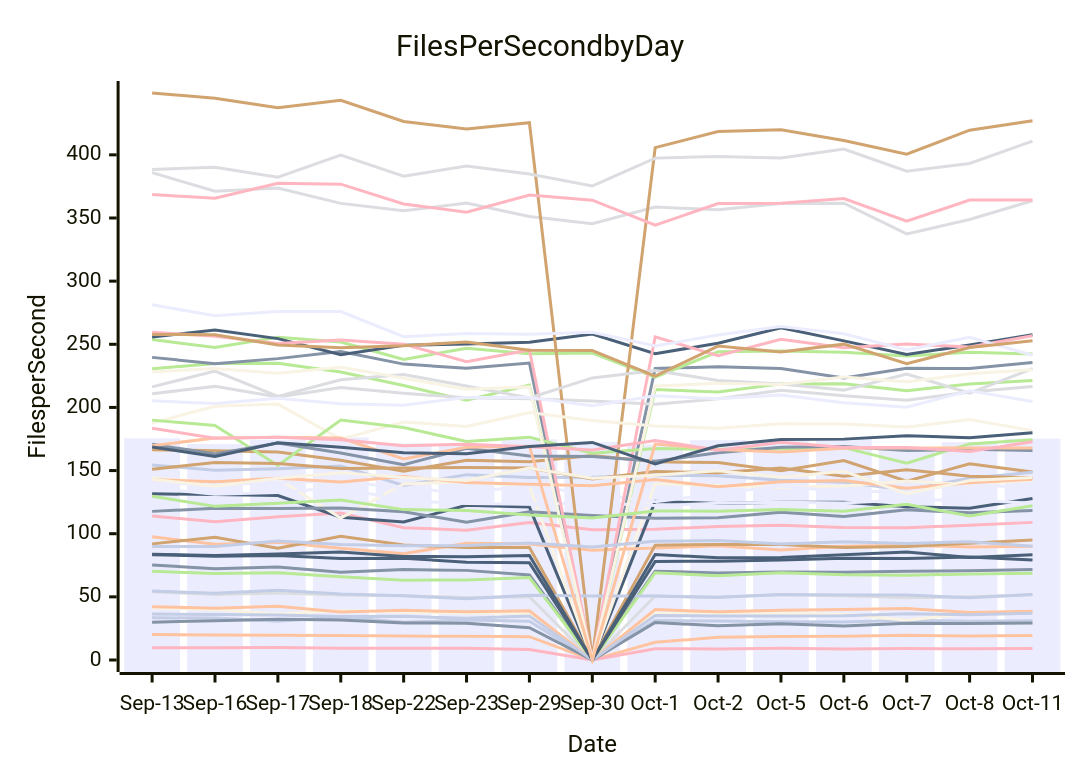
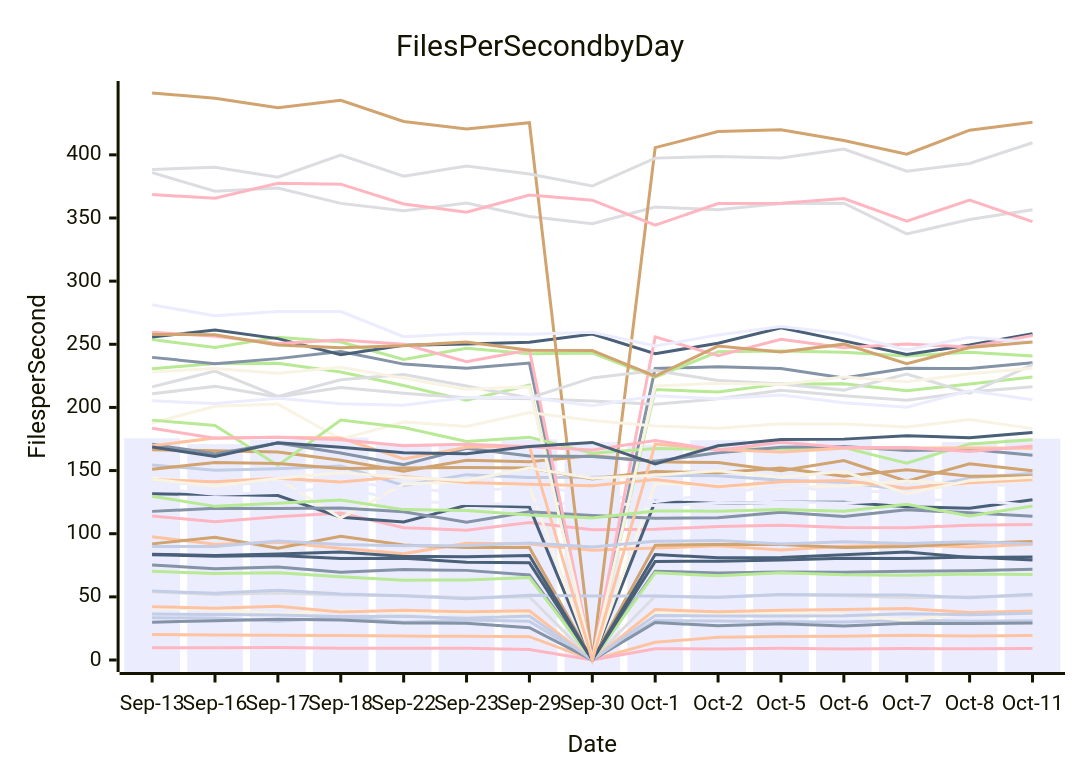
The diagram in perf-report.md (streetsidesoftware/cspell), drawn with Mermaid before and after one commit. The commit also changed other lines of this file and 1 other file, not shown here.

````diff
--- a/perf-report.md
+++ b/perf-report.md
@@ -10,56 +10,56 @@
 ```mermaid
 xychart-beta
     title Files Per Second by Day
     y-axis Files per Second
     x-axis Date [Sep-13, Sep-16, Sep-17, Sep-18, Sep-22, Sep-23, Sep-29, Sep-30, Oct-1, Oct-2, Oct-5, Oct-6, Oct-7, Oct-8, Oct-11]
-    bar [175.56, 170.99, 174.42, 176.15, 171.49, 170.60, 174.68, 172.58, 170.62, 174.06, 173.76, 175.18, 167.77, 172.56, 175.33]
-    line [75.30, 72.34, 73.59, 69.54, 71.59, 70.97, 67.35, 0.00, 70.29, 68.90, 69.72, 69.41, 70.25, 70.73, 71.76]
-    line [20.10, 19.75, 19.58, 19.44, 18.99, 18.71, 18.44, 0.00, 13.99, 17.93, 18.69, 18.90, 19.50, 18.93, 19.46]
-    line [54.12, 51.77, 53.09, 51.40, 50.85, 49.44, 50.07, 0.00, 50.63, 49.63, 51.74, 50.84, 49.20, 50.07, 51.74]
-    line [230.62, 234.72, 234.92, 228.04, 217.32, 205.66, 217.69, 0.00, 214.10, 212.26, 218.65, 218.73, 213.23, 218.63, 221.28]
-    line [166.56, 165.69, 164.68, 158.25, 149.51, 158.09, 156.96, 161.98, 156.93, 156.41, 149.87, 157.99, 141.60, 155.38, 148.78]
-    line [154.46, 150.27, 151.44, 153.53, 138.23, 146.78, 144.54, 144.66, 146.29, 145.95, 142.41, 140.78, 134.58, 143.93, 148.62]
-    line [114.04, 109.51, 113.51, 116.46, 104.81, 102.79, 108.89, 103.13, 103.52, 105.79, 106.73, 104.92, 104.71, 106.75, 108.98]
-    line [131.63, 130.97, 130.22, 113.06, 109.25, 122.56, 121.09, 0.00, 125.59, 123.97, 124.90, 124.88, 121.42, 120.13, 127.94]
-    line [144.41, 139.70, 143.74, 112.39, 139.33, 141.10, 137.72, 0.00, 139.61, 138.23, 136.68, 137.77, 141.66, 138.90, 142.46]
-    line [140.59, 138.57, 140.62, 141.72, 135.93, 132.42, 137.90, 131.39, 125.40, 131.62, 137.96, 132.77, 133.94, 139.73, 135.53]
-    line [239.64, 234.60, 238.64, 244.36, 234.31, 230.98, 235.16, 0.00, 230.90, 232.18, 230.80, 223.37, 230.96, 230.80, 235.59]
-    line [97.52, 91.70, 93.14, 88.50, 84.12, 92.41, 91.76, 86.84, 88.64, 90.41, 87.11, 90.10, 90.92, 89.47, 90.15]
-    line [385.92, 371.23, 373.66, 361.57, 355.78, 361.81, 351.17, 345.43, 358.65, 356.52, 361.50, 361.77, 337.36, 348.77, 363.70]
-    line [253.77, 247.48, 255.65, 251.83, 237.98, 246.89, 242.54, 243.09, 224.03, 244.08, 244.73, 243.65, 240.74, 243.74, 242.25]
-    line [91.96, 97.25, 88.47, 97.89, 91.06, 89.08, 89.06, 0.00, 90.96, 91.55, 91.45, 89.01, 89.93, 92.54, 95.03]
-    line [33.48, 33.18, 30.65, 34.02, 29.87, 31.63, 30.68, 0.00, 31.32, 30.89, 30.33, 30.00, 31.45, 30.76, 31.01]
-    line [9.67, 9.68, 9.92, 9.37, 9.23, 9.26, 8.29, 0.00, 8.90, 8.75, 9.30, 8.76, 9.01, 8.84, 9.04]
-    line [255.75, 261.30, 254.48, 241.79, 249.14, 250.28, 251.57, 258.18, 242.58, 250.83, 263.10, 252.70, 241.96, 249.38, 257.47]
-    line [41.26, 40.08, 36.34, 39.18, 37.74, 37.18, 36.89, 0.00, 37.27, 36.89, 37.25, 36.15, 31.44, 37.05, 37.99]
-    line [136.08, 131.30, 132.64, 136.81, 125.88, 123.97, 123.26, 124.35, 122.36, 124.05, 124.82, 124.36, 126.90, 126.65, 124.11]
-    line [117.69, 120.09, 120.05, 120.31, 117.43, 109.01, 117.33, 114.51, 112.29, 112.71, 117.07, 113.67, 118.94, 116.57, 118.37]
-    line [42.24, 41.01, 42.53, 38.05, 39.43, 38.14, 38.94, 0.00, 39.96, 38.12, 39.36, 39.89, 40.71, 37.67, 38.67]
-    line [210.80, 216.66, 208.33, 215.69, 211.15, 207.60, 206.93, 205.06, 202.44, 206.85, 213.52, 209.33, 205.65, 212.19, 216.57]
-    line [70.27, 68.51, 69.01, 65.91, 63.15, 63.41, 65.35, 0.00, 69.02, 66.69, 69.13, 67.47, 67.16, 68.00, 68.62]
-    line [448.98, 444.77, 437.29, 443.15, 426.39, 420.42, 425.42, 0.00, 405.76, 418.50, 419.89, 411.38, 400.59, 419.52, 427.01]
-    line [54.54, 52.86, 55.21, 52.35, 50.94, 48.45, 51.30, 50.59, 50.58, 49.72, 51.81, 51.47, 51.46, 49.27, 51.78]
-    line [259.52, 256.30, 250.62, 253.31, 250.10, 236.21, 245.48, 0.00, 255.93, 241.02, 253.94, 247.24, 250.16, 247.84, 256.71]
-    line [83.34, 82.19, 82.78, 80.29, 80.65, 77.47, 76.93, 0.00, 78.07, 78.18, 79.10, 80.49, 80.39, 81.56, 79.11]
-    line [187.59, 200.94, 202.64, 174.86, 188.42, 184.98, 195.97, 189.74, 185.35, 183.52, 187.14, 186.91, 184.49, 190.34, 181.63]
-    line [281.31, 272.54, 275.91, 275.97, 256.03, 258.54, 258.01, 259.58, 248.67, 257.34, 264.03, 258.40, 245.57, 255.62, 241.35]
-    line [29.93, 31.17, 32.23, 31.60, 29.23, 29.18, 25.62, 0.00, 29.72, 27.11, 28.75, 26.92, 29.01, 28.90, 29.25]
-    line [142.95, 141.14, 143.95, 140.92, 145.29, 140.59, 139.11, 138.01, 142.88, 137.23, 141.05, 142.08, 136.09, 140.30, 143.11]
-    line [216.25, 228.77, 208.66, 221.89, 226.09, 216.90, 207.46, 223.39, 229.16, 221.30, 218.51, 213.71, 226.50, 211.28, 230.69]
-    line [189.95, 185.74, 153.97, 189.99, 184.11, 172.95, 176.46, 163.78, 167.39, 166.94, 167.31, 168.16, 155.92, 171.13, 174.43]
-    line [151.06, 156.36, 155.63, 151.63, 151.94, 152.50, 152.06, 143.32, 149.19, 148.32, 152.02, 145.55, 150.72, 145.51, 144.27]
+    bar [175.56, 170.99, 174.42, 176.15, 171.49, 170.60, 174.68, 172.58, 170.62, 174.06, 173.76, 175.18, 167.77, 172.56, 175.30]
+    line [75.30, 72.34, 73.59, 69.54, 71.59, 70.97, 67.35, 0.00, 70.29, 68.90, 69.72, 69.41, 70.25, 70.73, 71.87]
+    line [20.10, 19.75, 19.58, 19.44, 18.99, 18.71, 18.44, 0.00, 13.99, 17.93, 18.69, 18.90, 19.50, 18.93, 19.35]
+    line [54.12, 51.77, 53.09, 51.40, 50.85, 49.44, 50.07, 0.00, 50.63, 49.63, 51.74, 50.84, 49.20, 50.07, 50.82]
+    line [230.62, 234.72, 234.92, 228.04, 217.32, 205.66, 217.69, 0.00, 214.10, 212.26, 218.65, 218.73, 213.23, 218.63, 224.06]
+    line [166.56, 165.69, 164.68, 158.25, 149.51, 158.09, 156.96, 161.98, 156.93, 156.41, 149.87, 157.99, 141.60, 155.38, 149.79]
+    line [154.46, 150.27, 151.44, 153.53, 138.23, 146.78, 144.54, 144.66, 146.29, 145.95, 142.41, 140.78, 134.58, 143.93, 147.82]
+    line [114.04, 109.51, 113.51, 116.46, 104.81, 102.79, 108.89, 103.13, 103.52, 105.79, 106.73, 104.92, 104.71, 106.75, 107.22]
+    line [131.63, 130.97, 130.22, 113.06, 109.25, 122.56, 121.09, 0.00, 125.59, 123.97, 124.90, 124.88, 121.42, 120.13, 126.89]
+    line [144.41, 139.70, 143.74, 112.39, 139.33, 141.10, 137.72, 0.00, 139.61, 138.23, 136.68, 137.77, 141.66, 138.90, 142.48]
+    line [140.59, 138.57, 140.62, 141.72, 135.93, 132.42, 137.90, 131.39, 125.40, 131.62, 137.96, 132.77, 133.94, 139.73, 137.13]
+    line [239.64, 234.60, 238.64, 244.36, 234.31, 230.98, 235.16, 0.00, 230.90, 232.18, 230.80, 223.37, 230.96, 230.80, 235.32]
+    line [97.52, 91.70, 93.14, 88.50, 84.12, 92.41, 91.76, 86.84, 88.64, 90.41, 87.11, 90.10, 90.92, 89.47, 91.59]
+    line [385.92, 371.23, 373.66, 361.57, 355.78, 361.81, 351.17, 345.43, 358.65, 356.52, 361.50, 361.77, 337.36, 348.77, 356.51]
+    line [253.77, 247.48, 255.65, 251.83, 237.98, 246.89, 242.54, 243.09, 224.03, 244.08, 244.73, 243.65, 240.74, 243.74, 240.81]
+    line [91.96, 97.25, 88.47, 97.89, 91.06, 89.08, 89.06, 0.00, 90.96, 91.55, 91.45, 89.01, 89.93, 92.54, 93.88]
+    line [33.48, 33.18, 30.65, 34.02, 29.87, 31.63, 30.68, 0.00, 31.32, 30.89, 30.33, 30.00, 31.45, 30.76, 31.16]
+    line [9.67, 9.68, 9.92, 9.37, 9.23, 9.26, 8.29, 0.00, 8.90, 8.75, 9.30, 8.76, 9.01, 8.84, 9.13]
+    line [255.75, 261.30, 254.48, 241.79, 249.14, 250.28, 251.57, 258.18, 242.58, 250.83, 263.10, 252.70, 241.96, 249.38, 258.35]
+    line [41.26, 40.08, 36.34, 39.18, 37.74, 37.18, 36.89, 0.00, 37.27, 36.89, 37.25, 36.15, 31.44, 37.05, 36.56]
+    line [136.08, 131.30, 132.64, 136.81, 125.88, 123.97, 123.26, 124.35, 122.36, 124.05, 124.82, 124.36, 126.90, 126.65, 122.28]
+    line [117.69, 120.09, 120.05, 120.31, 117.43, 109.01, 117.33, 114.51, 112.29, 112.71, 117.07, 113.67, 118.94, 116.57, 113.80]
+    line [42.24, 41.01, 42.53, 38.05, 39.43, 38.14, 38.94, 0.00, 39.96, 38.12, 39.36, 39.89, 40.71, 37.67, 38.88]
+    line [210.80, 216.66, 208.33, 215.69, 211.15, 207.60, 206.93, 205.06, 202.44, 206.85, 213.52, 209.33, 205.65, 212.19, 216.43]
+    line [70.27, 68.51, 69.01, 65.91, 63.15, 63.41, 65.35, 0.00, 69.02, 66.69, 69.13, 67.47, 67.16, 68.00, 67.72]
+    line [448.98, 444.77, 437.29, 443.15, 426.39, 420.42, 425.42, 0.00, 405.76, 418.50, 419.89, 411.38, 400.59, 419.52, 425.83]
+    line [54.54, 52.86, 55.21, 52.35, 50.94, 48.45, 51.30, 50.59, 50.58, 49.72, 51.81, 51.47, 51.46, 49.27, 52.01]
+    line [259.52, 256.30, 250.62, 253.31, 250.10, 236.21, 245.48, 0.00, 255.93, 241.02, 253.94, 247.24, 250.16, 247.84, 256.93]
+    line [83.34, 82.19, 82.78, 80.29, 80.65, 77.47, 76.93, 0.00, 78.07, 78.18, 79.10, 80.49, 80.39, 81.56, 79.10]
+    line [187.59, 200.94, 202.64, 174.86, 188.42, 184.98, 195.97, 189.74, 185.35, 183.52, 187.14, 186.91, 184.49, 190.34, 183.21]
+    line [281.31, 272.54, 275.91, 275.97, 256.03, 258.54, 258.01, 259.58, 248.67, 257.34, 264.03, 258.40, 245.57, 255.62, 251.68]
+    line [29.93, 31.17, 32.23, 31.60, 29.23, 29.18, 25.62, 0.00, 29.72, 27.11, 28.75, 26.92, 29.01, 28.90, 29.37]
+    line [142.95, 141.14, 143.95, 140.92, 145.29, 140.59, 139.11, 138.01, 142.88, 137.23, 141.05, 142.08, 136.09, 140.30, 142.64]
+    line [216.25, 228.77, 208.66, 221.89, 226.09, 216.90, 207.46, 223.39, 229.16, 221.30, 218.51, 213.71, 226.50, 211.28, 233.87]
+    line [189.95, 185.74, 153.97, 189.99, 184.11, 172.95, 176.46, 163.78, 167.39, 166.94, 167.31, 168.16, 155.92, 171.13, 174.39]
+    line [151.06, 156.36, 155.63, 151.63, 151.94, 152.50, 152.06, 143.32, 149.19, 148.32, 152.02, 145.55, 150.72, 145.51, 145.97]
     line [36.42, 35.98, 35.70, 34.54, 34.55, 33.11, 34.81, 0.00, 35.17, 34.81, 34.91, 35.03, 36.57, 35.78, 36.97]
-    line [368.52, 365.71, 377.56, 376.77, 361.09, 354.59, 368.19, 364.07, 344.36, 361.41, 361.68, 365.40, 347.49, 364.22, 364.30]
-    line [83.78, 82.79, 83.96, 85.57, 82.01, 81.81, 82.67, 0.00, 83.49, 80.99, 81.07, 83.35, 85.60, 81.23, 83.34]
-    line [228.09, 230.87, 227.16, 231.88, 223.22, 214.31, 216.24, 0.00, 216.91, 219.11, 218.12, 224.03, 220.33, 226.62, 229.83]
-    line [205.22, 203.09, 207.23, 202.88, 201.82, 207.79, 207.90, 201.29, 209.19, 206.95, 209.81, 203.73, 200.20, 213.26, 204.75]
-    line [170.88, 163.08, 171.82, 163.97, 154.58, 167.67, 161.60, 161.14, 157.44, 164.03, 168.37, 169.06, 165.80, 166.84, 165.95]
-    line [169.76, 175.73, 176.36, 175.75, 159.14, 168.41, 169.31, 0.00, 170.99, 166.63, 164.65, 167.66, 167.88, 167.80, 167.88]
-    line [388.38, 390.24, 382.26, 399.81, 383.04, 391.20, 384.82, 375.34, 397.41, 398.74, 397.51, 404.63, 387.08, 393.22, 410.89]
-    line [129.64, 121.66, 124.08, 126.72, 119.08, 118.45, 114.87, 112.49, 118.05, 117.81, 119.24, 117.86, 123.32, 114.00, 122.07]
-    line [257.78, 257.49, 249.43, 247.25, 248.88, 251.75, 245.20, 245.06, 224.85, 248.59, 243.98, 250.11, 234.68, 247.40, 252.88]
-    line [89.85, 89.86, 94.27, 91.54, 90.45, 90.71, 92.55, 89.39, 93.96, 94.53, 91.86, 93.63, 92.24, 93.65, 90.11]
-    line [183.51, 175.60, 176.44, 174.39, 169.65, 170.91, 168.95, 166.28, 173.86, 166.13, 172.49, 168.21, 168.21, 165.09, 172.78]
-    line [168.68, 161.23, 172.09, 168.48, 164.20, 163.31, 169.03, 172.29, 155.24, 169.60, 174.57, 174.90, 177.64, 175.96, 180.03]
-    line [143.19, 137.67, 143.95, 148.30, 144.49, 142.14, 152.04, 143.84, 146.29, 149.93, 144.74, 149.38, 131.76, 142.06, 144.46]
+    line [368.52, 365.71, 377.56, 376.77, 361.09, 354.59, 368.19, 364.07, 344.36, 361.41, 361.68, 365.40, 347.49, 364.22, 347.08]
+    line [83.78, 82.79, 83.96, 85.57, 82.01, 81.81, 82.67, 0.00, 83.49, 80.99, 81.07, 83.35, 85.60, 81.23, 81.49]
+    line [228.09, 230.87, 227.16, 231.88, 223.22, 214.31, 216.24, 0.00, 216.91, 219.11, 218.12, 224.03, 220.33, 226.62, 230.94]
+    line [205.22, 203.09, 207.23, 202.88, 201.82, 207.79, 207.90, 201.29, 209.19, 206.95, 209.81, 203.73, 200.20, 213.26, 206.06]
+    line [170.88, 163.08, 171.82, 163.97, 154.58, 167.67, 161.60, 161.14, 157.44, 164.03, 168.37, 169.06, 165.80, 166.84, 162.18]
+    line [169.76, 175.73, 176.36, 175.75, 159.14, 168.41, 169.31, 0.00, 170.99, 166.63, 164.65, 167.66, 167.88, 167.80, 167.63]
+    line [388.38, 390.24, 382.26, 399.81, 383.04, 391.20, 384.82, 375.34, 397.41, 398.74, 397.51, 404.63, 387.08, 393.22, 409.60]
+    line [129.64, 121.66, 124.08, 126.72, 119.08, 118.45, 114.87, 112.49, 118.05, 117.81, 119.24, 117.86, 123.32, 114.00, 121.88]
+    line [257.78, 257.49, 249.43, 247.25, 248.88, 251.75, 245.20, 245.06, 224.85, 248.59, 243.98, 250.11, 234.68, 247.40, 251.82]
+    line [89.85, 89.86, 94.27, 91.54, 90.45, 90.71, 92.55, 89.39, 93.96, 94.53, 91.86, 93.63, 92.24, 93.65, 92.00]
+    line [183.51, 175.60, 176.44, 174.39, 169.65, 170.91, 168.95, 166.28, 173.86, 166.13, 172.49, 168.21, 168.21, 165.09, 169.48]
+    line [168.68, 161.23, 172.09, 168.48, 164.20, 163.31, 169.03, 172.29, 155.24, 169.60, 174.57, 174.90, 177.64, 175.96, 180.21]
+    line [143.19, 137.67, 143.95, 148.30, 144.49, 142.14, 152.04, 143.84, 146.29, 149.93, 144.74, 149.38, 131.76, 142.06, 144.64]
 ```
````
